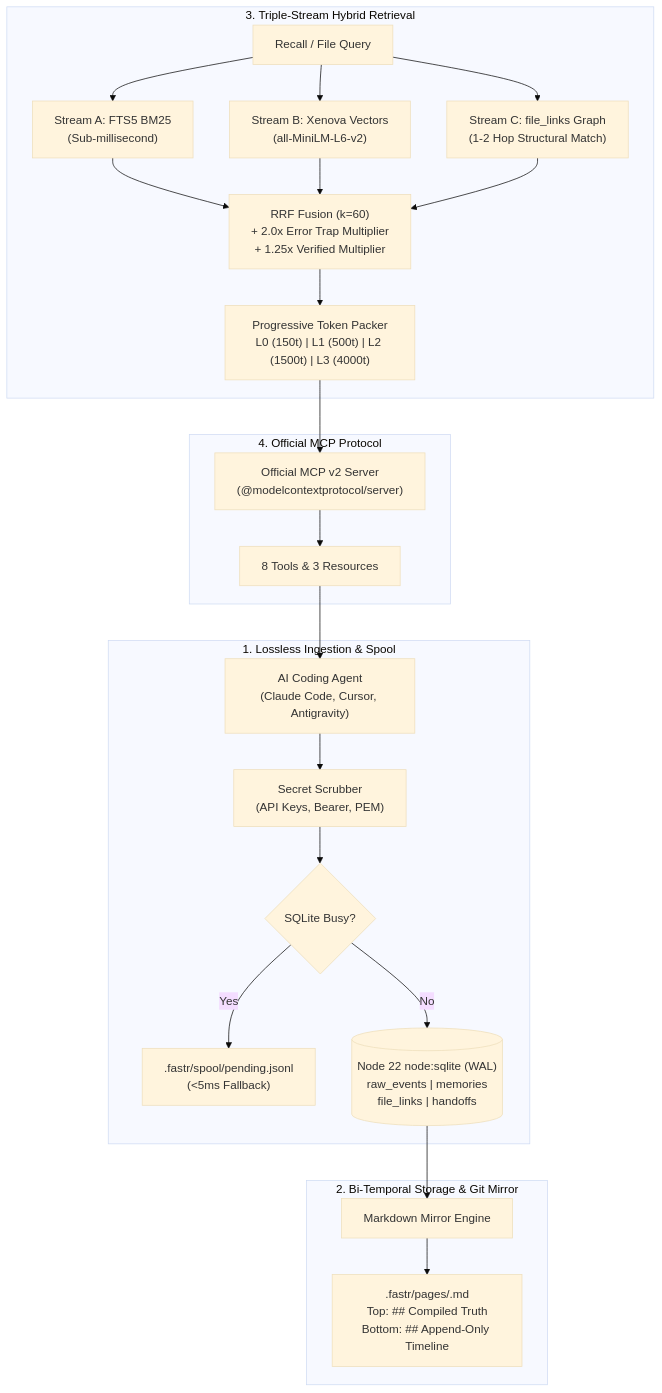
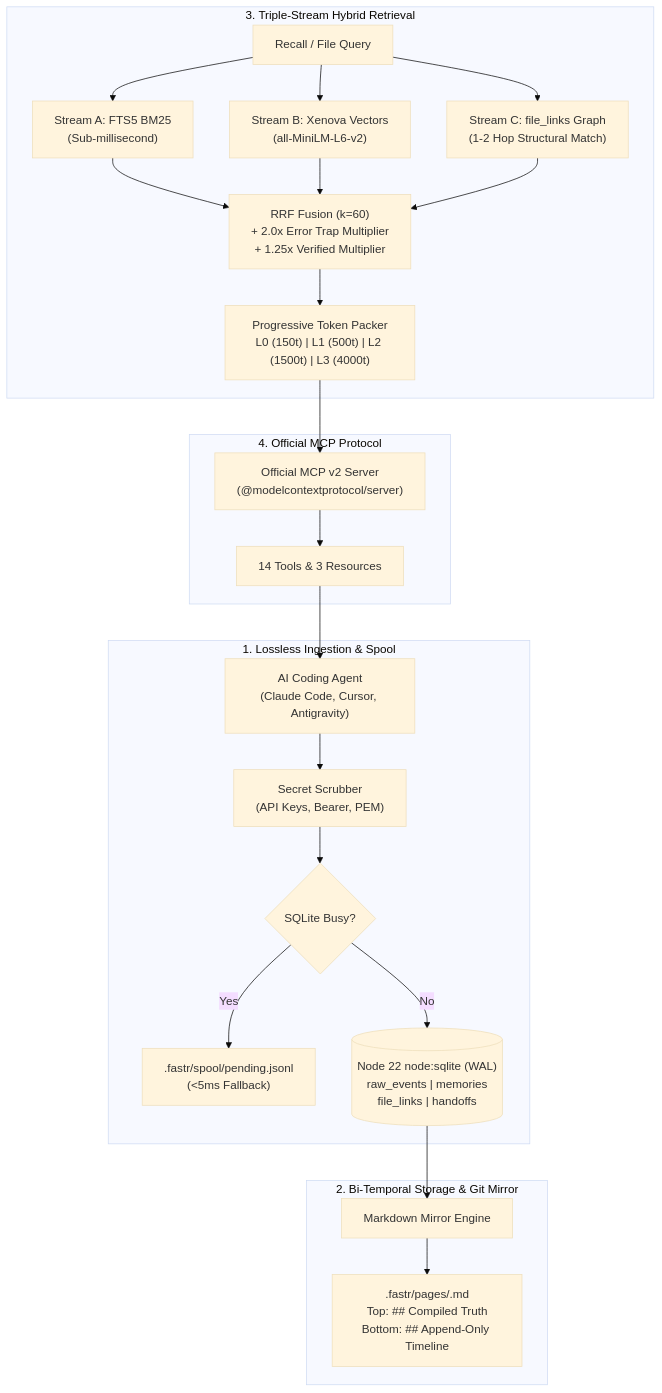
Before and after one commit to atifjubaer/fastrmemory: the diagram in README.md, drawn with Mermaid (base theme). The commit also changed other lines of this file and 10 other files, not shown here.

````diff
--- a/README.md
+++ b/README.md
@@ -301,29 +320,29 @@
 ```mermaid
 flowchart TD
     subgraph Ingestion["1. Lossless Ingestion & Spool"]
         Agent["AI Coding Agent\n(Claude Code, Cursor, Antigravity)"] --> Scrubber["Secret Scrubber\n(API Keys, Bearer, PEM)"]
         Scrubber --> Spool{"SQLite Busy?"}
         Spool -- Yes --> SpoolFile[".fastr/spool/pending.jsonl\n(<5ms Fallback)"]
         Spool -- No --> DB
     end
 
     subgraph Storage["2. Bi-Temporal Storage & Git Mirror"]
         DB[("Node 22 node:sqlite (WAL)\nraw_events | memories\nfile_links | handoffs")]
         DB --> Mirror["Markdown Mirror Engine"]
         Mirror --> Pages[".fastr/pages/<module>.md\nTop: ## Compiled Truth\nBottom: ## Append-Only Timeline"]
     end
 
     subgraph Search["3. Triple-Stream Hybrid Retrieval"]
         Query["Recall / File Query"] --> FTS["Stream A: FTS5 BM25\n(Sub-millisecond)"]
         Query --> Vec["Stream B: Xenova Vectors\n(all-MiniLM-L6-v2)"]
         Query --> Graph["Stream C: file_links Graph\n(1-2 Hop Structural Match)"]
         FTS & Vec & Graph --> RRF["RRF Fusion (k=60)\n+ 2.0x Error Trap Multiplier\n+ 1.25x Verified Multiplier"]
         RRF --> Budget["Progressive Token Packer\nL0 (150t) | L1 (500t) | L2 (1500t) | L3 (4000t)"]
     end
 
     subgraph Protocol["4. Official MCP Protocol"]
         Budget --> MCPServer["Official MCP v2 Server\n(@modelcontextprotocol/server)"]
-        MCPServer --> Tools["8 Tools & 3 Resources"]
+        MCPServer --> Tools["14 Tools & 3 Resources"]
         Tools --> Agent
     end
 ```
````
